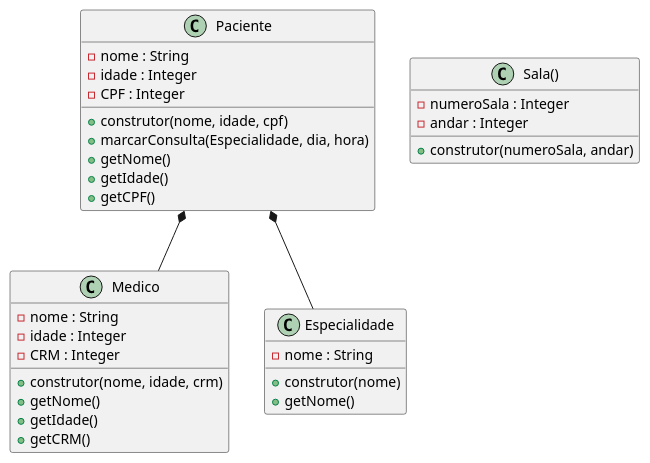
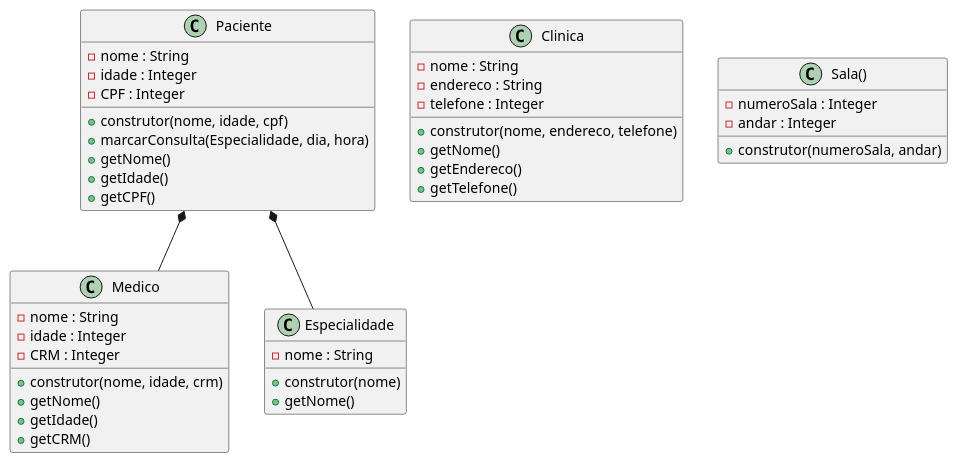
Before and after one commit to anleaes/2022-1-N2-POO-03: the diagram in diagrama.plantuml, drawn with PlantUML.

Commit message:
ajustado classes

```diff
--- a/diagrama.plantuml
+++ b/diagrama.plantuml
@@ -1,39 +1,49 @@
 @startuml Gerenciamento de Exames Medicos
 
     class Paciente{
         - nome : String
         - idade : Integer
         - CPF : Integer
         + construtor(nome, idade, cpf)
         + marcarConsulta(Especialidade, dia, hora)
         + getNome()
         + getIdade()
         + getCPF()
     }
 
     class Medico{
         - nome : String
         - idade : Integer
         - CRM : Integer
         + construtor(nome, idade, crm)
         + getNome()
         + getIdade()
         + getCRM()
     }
 
     class Especialidade{
         - nome : String
         + construtor(nome)
         + getNome()
     }
 
+    class Clinica{
+        - nome : String
+        - endereco : String
+        - telefone : Integer
+        + construtor(nome, endereco, telefone)
+        + getNome()
+        + getEndereco()
+        + getTelefone()
+    }
+
     class Sala(){
         - numeroSala : Integer
         - andar : Integer
         + construtor(numeroSala, andar)
     }
 
     Paciente *-- Medico
     Paciente *-- Especialidade
 
 @enduml
```
